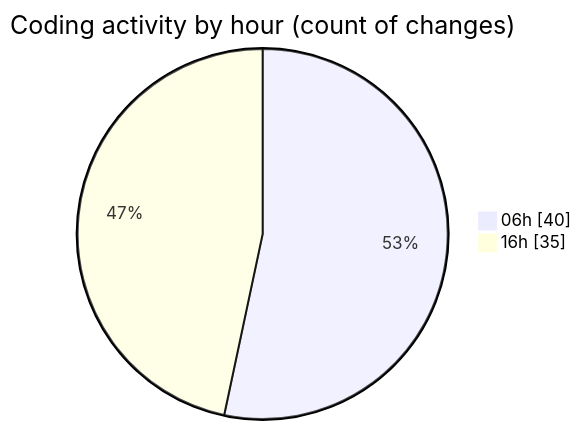
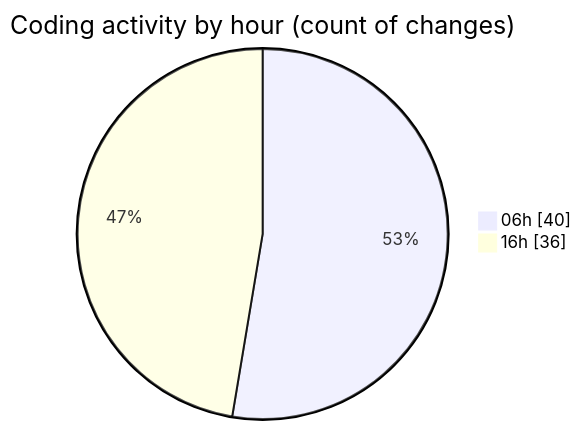
The second of 2 diagrams in 2025-02-25/micros/README.md (charlie-sans/code-tracking), drawn with Mermaid before and after one commit. The commit also changed other lines of this file and 1 other file, not shown here.

````diff
--- a/2025-02-25/micros/README.md
+++ b/2025-02-25/micros/README.md
@@ -49,6 +50,6 @@
 ```mermaid
 pie showData
 title Coding activity by hour (count of changes)
 "06h" : 40
-"16h" : 35
+"16h" : 36
 ```
````
